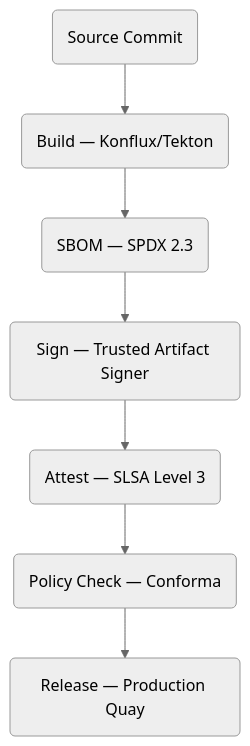
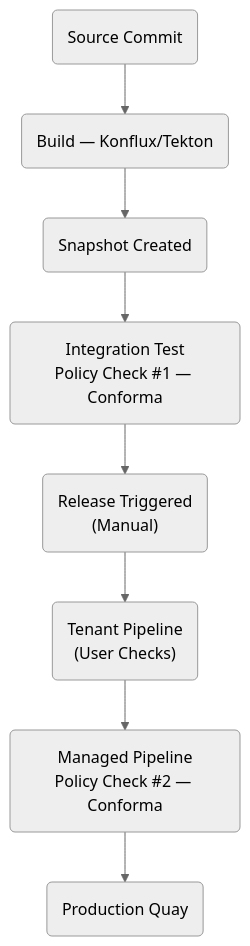
The diagram in content/modules/ROOT/pages/module-01-orientation.adoc (rhpds/konflux-tssc-lab), drawn with Mermaid (neutral theme) before and after one commit. The commit also changed other lines of this file and 4 other files, not shown here.

First line of the commit message:
docs: improve pipeline diagram and fix UI navigation references

```diff
--- a/content/modules/ROOT/pages/module-01-orientation.adoc
+++ b/content/modules/ROOT/pages/module-01-orientation.adoc
@@ -40,10 +40,11 @@
 [mermaid]
 ....
 flowchart TD
     A("Source Commit") --> B("Build — Konflux/Tekton")
-    B --> C("SBOM — SPDX 2.3")
-    C --> D("Sign — Trusted Artifact Signer")
-    D --> E("Attest — SLSA Level 3")
-    E --> F("Policy Check — Conforma")
-    F --> G("Release — Production Quay")
+    B --> C("Snapshot Created")
+    C --> D("Integration Test<br/>Policy Check #1 — Conforma")
+    D --> E("Release Triggered<br/>(Manual)")
+    E --> F("Tenant Pipeline<br/>(User Checks)")
+    F --> G("Managed Pipeline<br/>Policy Check #2 — Conforma")
+    G --> H("Production Quay")
 ....
```
